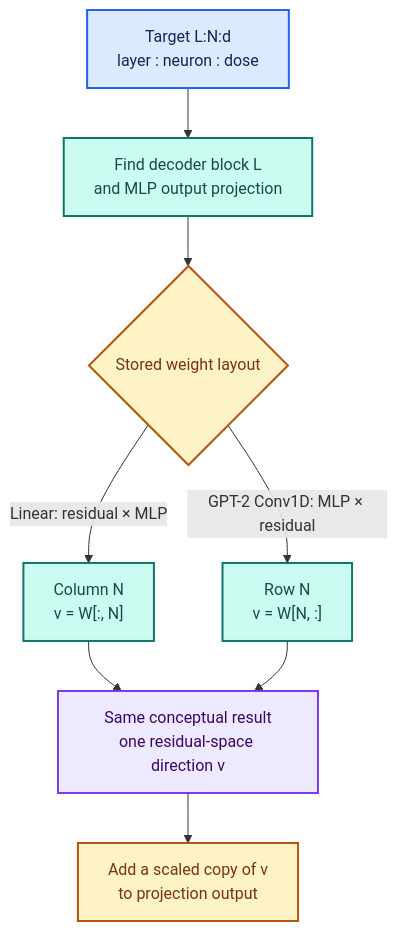
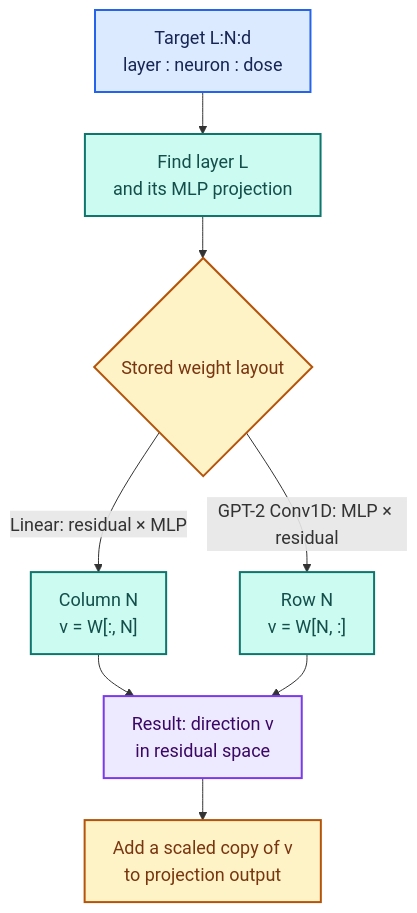
Before and after one commit to djayuffe/neuron-steer: the fifth of 16 diagrams in VISUAL_GUIDE.md, drawn with Mermaid. The commit also changed other lines of this file and 6 other files, not shown here.

Commit message:
Improve reading paths, diagram typography and ELI5 concept explanations

````diff
--- a/VISUAL_GUIDE.md
+++ b/VISUAL_GUIDE.md
@@ -179,18 +282,30 @@
 ```mermaid
+---
+config:
+  fontFamily: Arial, Helvetica, sans-serif
+  fontSize: 18
+  themeVariables:
+    fontFamily: Arial, Helvetica, sans-serif
+    fontSize: 18px
+  flowchart:
+    nodeSpacing: 28
+    rankSpacing: 42
+    padding: 14
+---
 flowchart TB
   accTitle: A native neuron selects a projection vector
   accDescr: A layer and neuron coordinate select a column of a Linear weight or a row of a GPT-2 Conv1D weight, both representing a residual-space vector.
-T["Target L:N:d<br/>layer : neuron : dose"]:::input --> L["Find decoder block L<br/>and MLP output projection"]:::local
+  T["Target L:N:d<br/>layer : neuron : dose"]:::input --> L["Find layer L<br/>and its MLP projection"]:::local
   L --> O{"Stored weight layout"}:::choice
   O -- "Linear: residual × MLP" --> C["Column N<br/>v = W[:, N]"]:::local
   O -- "GPT-2 Conv1D: MLP × residual" --> R["Row N<br/>v = W[N, :]"]:::local
-  C --> V["Same conceptual result<br/>one residual-space direction v"]:::evidence
+  C --> V["Result: direction v<br/>in residual space"]:::evidence
   R --> V
   V --> A["Add a scaled copy of v<br/>to projection output"]:::choice
   classDef input fill:#DBEAFE,stroke:#2563EB,color:#172554,stroke-width:2px;
   classDef local fill:#CCFBF1,stroke:#0F766E,color:#134E4A,stroke-width:2px;
   classDef choice fill:#FEF3C7,stroke:#B45309,color:#78350F,stroke-width:2px;
   classDef evidence fill:#EDE9FE,stroke:#7C3AED,color:#3B0764,stroke-width:2px;
   classDef remote fill:#FCE7F3,stroke:#BE185D,color:#831843,stroke-width:2px;
   classDef limit fill:#FEE2E2,stroke:#DC2626,color:#7F1D1D,stroke-width:2px;
 ```
````
